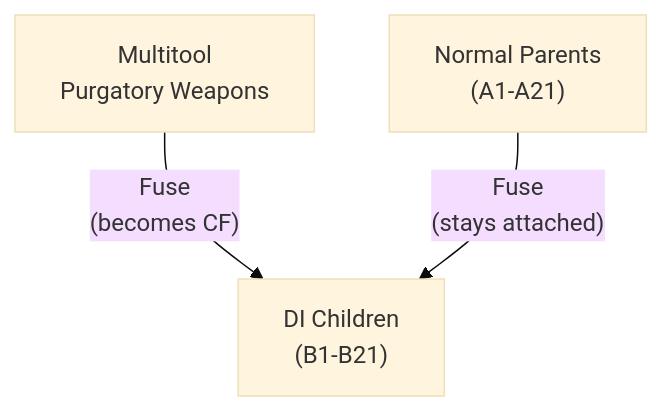
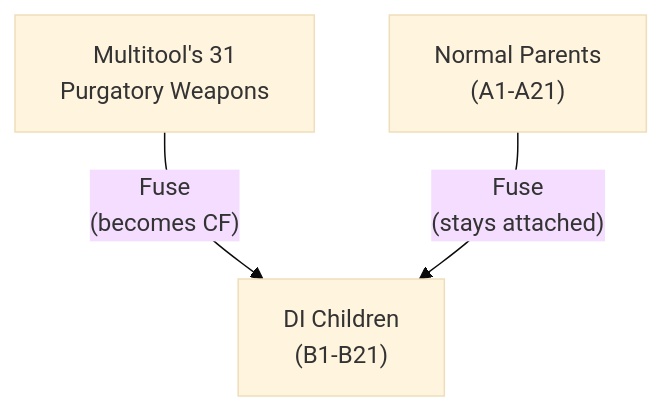
One commit to BKMzero/ultrabroken-documentation changed the fifth of 9 diagrams in docs/wiki/_wip/sfo-nesting-test.md. Above: the diagram before and after it, drawn with Mermaid (base theme). The commit also changed other lines of this file, not shown here.

````diff
--- a/docs/wiki/_wip/sfo-nesting-test.md
+++ b/docs/wiki/_wip/sfo-nesting-test.md
@@ -366,9 +366,9 @@
             ```mermaid
             graph TD
-                MULTITOOL["Multitool<br/>Purgatory Weapons"]
+                MULTITOOL["Multitool's 31<br/>Purgatory Weapons"]
                 PARENTS["Normal Parents<br/>(A1-A21)"]
                 CHILDREN["DI Children<br/>(B1-B21)"]
 
                 MULTITOOL -->|"Fuse<br/>(becomes CF)"| CHILDREN
                 PARENTS -->|"Fuse<br/>(stays attached)"| CHILDREN
             ```
````
